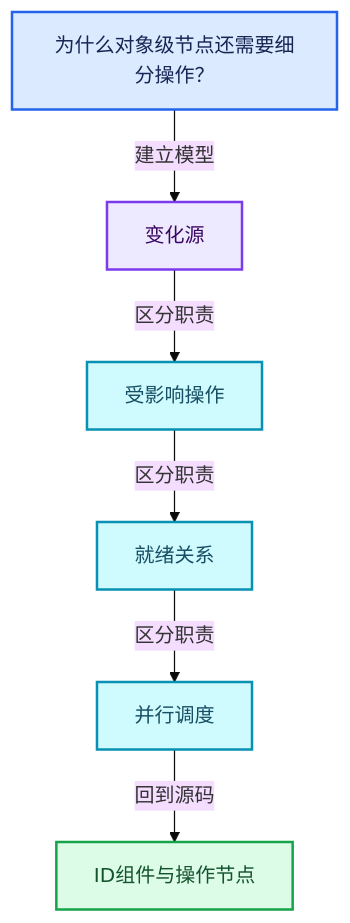
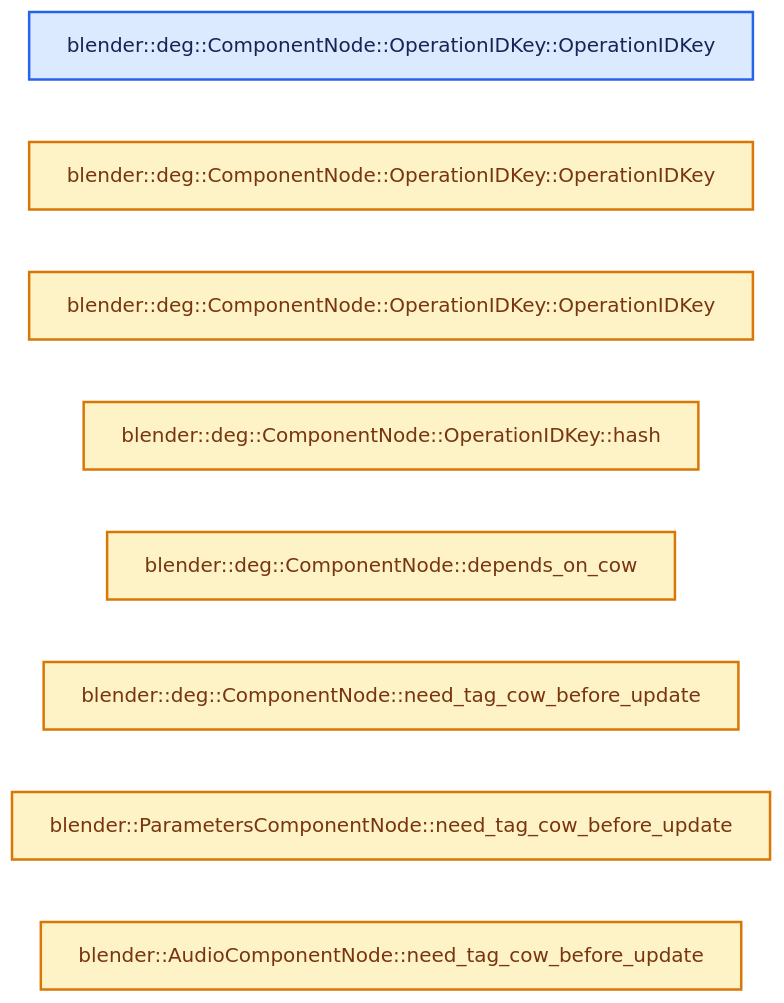
One commit to yunkezengren/blender-.vscode changed the second of 4 diagrams in 杂/markdown/全面学习-codex/11-Depsgraph与并行任务系统/02-ID组件与操作节点.md. Above: the diagram before and after it, drawn with Mermaid (base theme). The commit also changed other lines of this file and 1930 other files, not shown here.

````diff
--- a/杂/markdown/全面学习-codex/11-Depsgraph与并行任务系统/02-ID组件与操作节点.md
+++ b/杂/markdown/全面学习-codex/11-Depsgraph与并行任务系统/02-ID组件与操作节点.md
@@ -62,20 +46,17 @@
 ```mermaid
-flowchart TB
-  Q["为什么对象级节点还需要细分操作？"]:::input
-  C0["变化源"]:::abstraction
-  C1["受影响操作"]:::data
-  C2["就绪关系"]:::data
-  C3["并行调度"]:::data
-  R["ID组件与操作节点"]:::result
-  Q -->|"建立模型"| C0
-  C0 -->|"区分职责"| C1
-  C1 -->|"区分职责"| C2
-  C2 -->|"区分职责"| C3
-  C3 -->|"回到源码"| R
+flowchart LR
+  F0["blender::deg::ComponentNode::OperationIDKey::OperationIDKey"]:::input
+  F1["blender::deg::ComponentNode::OperationIDKey::OperationIDKey"]:::compute
+  F2["blender::deg::ComponentNode::OperationIDKey::OperationIDKey"]:::compute
+  F3["blender::deg::ComponentNode::OperationIDKey::hash"]:::compute
+  F4["blender::deg::ComponentNode::depends_on_cow"]:::compute
+  F5["blender::deg::ComponentNode::need_tag_cow_before_update"]:::compute
+  F6["blender::ParametersComponentNode::need_tag_cow_before_update"]:::compute
+  F7["blender::AudioComponentNode::need_tag_cow_before_update"]:::compute
   classDef input fill:#DBEAFE,stroke:#2563EB,color:#172554,stroke-width:2px;
   classDef data fill:#CFFAFE,stroke:#0891B2,color:#164E63,stroke-width:2px;
   classDef abstraction fill:#EDE9FE,stroke:#7C3AED,color:#3B0764,stroke-width:2px;
   classDef compute fill:#FEF3C7,stroke:#D97706,color:#78350F,stroke-width:2px;
   classDef result fill:#DCFCE7,stroke:#16A34A,color:#14532D,stroke-width:2px;
   classDef error fill:#FEE2E2,stroke:#DC2626,color:#7F1D1D,stroke-width:2px;
 ```
````
